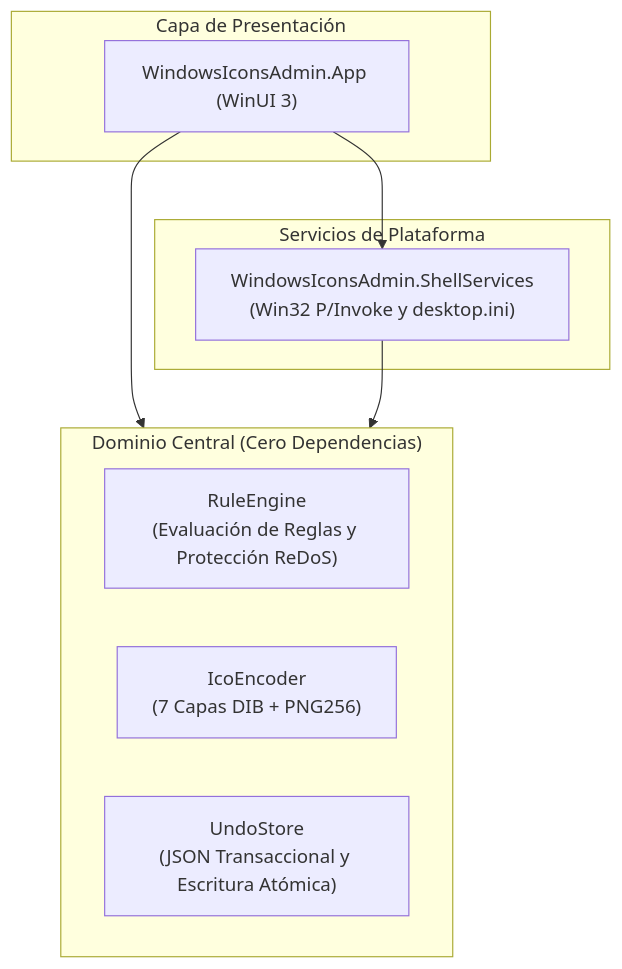
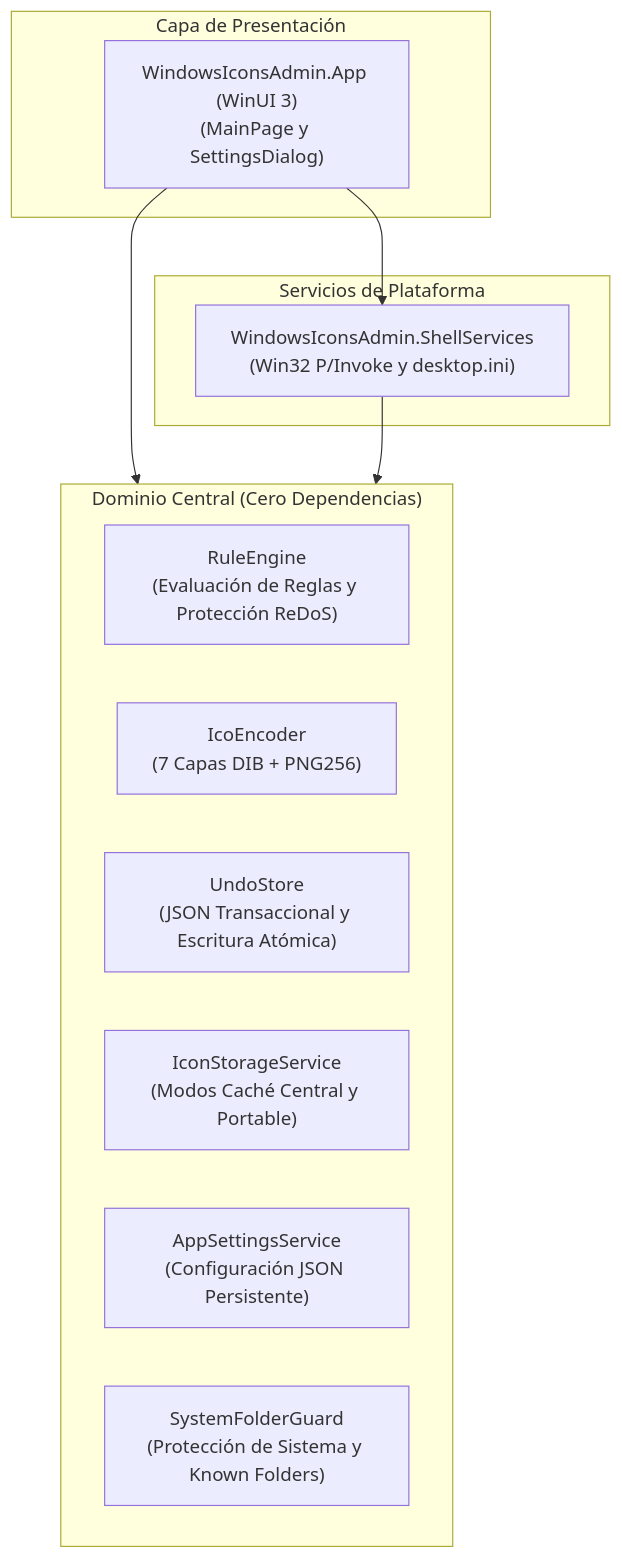
One commit to AnaCataVC/windows-icons-admin changed the diagram in README.es.md. Above: the diagram before and after it, drawn with Mermaid. The commit also changed other lines of this file and 9 other files, not shown here.

First line of the commit message:
feat(storage): enforce central cache by default and add persistent settings dialog

````diff
--- a/README.es.md
+++ b/README.es.md
@@ -35,20 +37,23 @@
 ```mermaid
 flowchart TD
     subgraph UI ["Capa de Presentación"]
-        App["WindowsIconsAdmin.App (WinUI 3)"]
+        App["WindowsIconsAdmin.App (WinUI 3)<br/>(MainPage y SettingsDialog)"]
     end
 
     subgraph Shell ["Servicios de Plataforma"]
         ShellSvc["WindowsIconsAdmin.ShellServices<br/>(Win32 P/Invoke y desktop.ini)"]
     end
 
     subgraph Core ["Dominio Central (Cero Dependencias)"]
         Rules["RuleEngine<br/>(Evaluación de Reglas y Protección ReDoS)"]
         Imaging["IcoEncoder<br/>(7 Capas DIB + PNG256)"]
         History["UndoStore<br/>(JSON Transaccional y Escritura Atómica)"]
+        Storage["IconStorageService<br/>(Modos Caché Central y Portable)"]
+        Settings["AppSettingsService<br/>(Configuración JSON Persistente)"]
+        Safety["SystemFolderGuard<br/>(Protección de Sistema y Known Folders)"]
     end
 
     App --> ShellSvc
     App --> Core
     ShellSvc --> Core
 ```
````
